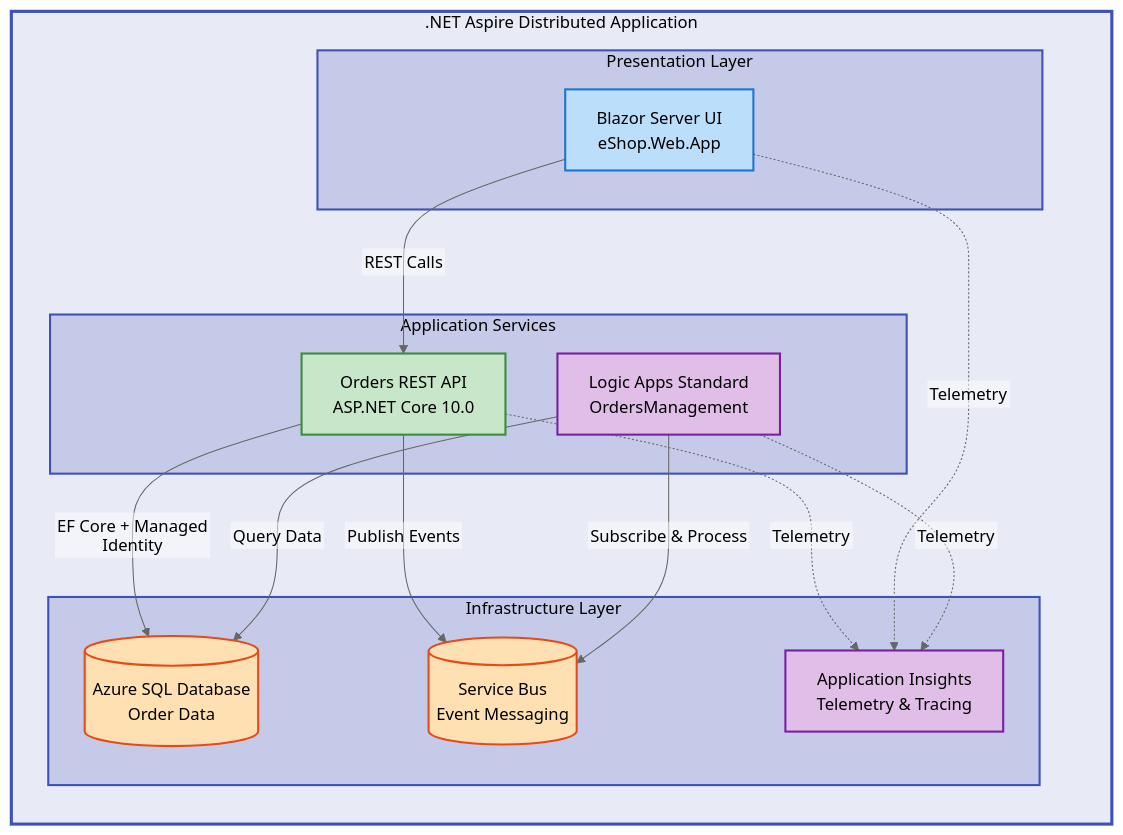
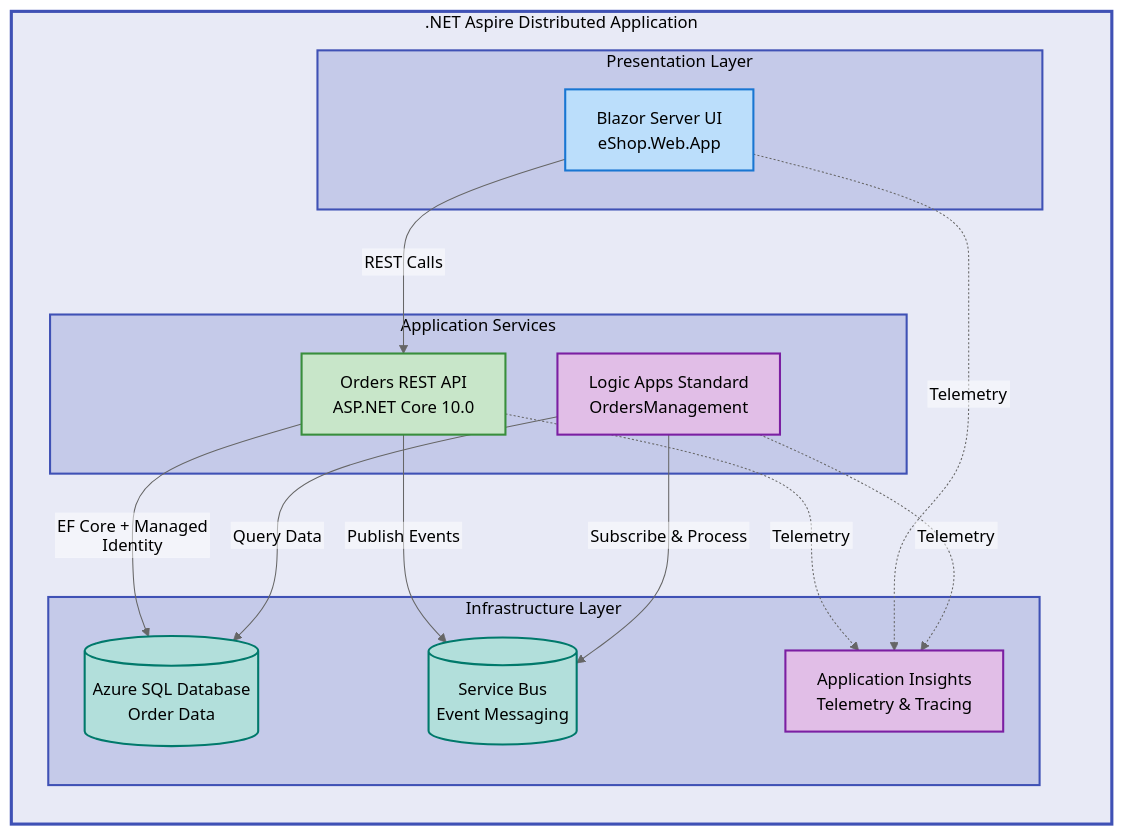
The diagram in README.md (Evilazaro/Azure-LogicApps-Monitoring), drawn with Mermaid (neutral theme) before and after one commit. The commit also changed other lines of this file, not shown here.

````diff
--- a/README.md
+++ b/README.md
@@ -88,53 +89,57 @@
 ```mermaid
 %%{init: {"flowchart": {"htmlLabels": false}} }%%
 flowchart TB
     %% ============================================
     %% Azure Logic Apps Monitoring Solution Architecture
     %% Purpose: Distributed order management with event-driven workflows
     %% Assumptions: Managed Identity authentication, Azure-hosted services
     %% Last Updated: 2026-02-03
     %% ============================================
-    
+
     %% ============================================
     %% STANDARD COLOR SCHEME - MANDATORY
     %% ============================================
     classDef mainGroup fill:#E8EAF6,stroke:#3F51B5,stroke-width:3px,color:#000
     classDef subGroup fill:#C5CAE9,stroke:#3F51B5,stroke-width:2px,color:#000
     classDef mdBlue fill:#BBDEFB,stroke:#1976D2,stroke-width:2px,color:#000
     classDef mdGreen fill:#C8E6C9,stroke:#388E3C,stroke-width:2px,color:#000
+    classDef mdRed fill:#FFCDD2,stroke:#D32F2F,stroke-width:2px,color:#000
+    classDef mdYellow fill:#FFF9C4,stroke:#F57F17,stroke-width:2px,color:#000
     classDef mdOrange fill:#FFE0B2,stroke:#E64A19,stroke-width:2px,color:#000
     classDef mdPurple fill:#E1BEE7,stroke:#7B1FA2,stroke-width:2px,color:#000
+    classDef mdTeal fill:#B2DFDB,stroke:#00796B,stroke-width:2px,color:#000
+    classDef mdGrey fill:#F5F5F5,stroke:#616161,stroke-width:2px,color:#000
     %% ============================================
 
     subgraph system[".NET Aspire Distributed Application"]
         direction TB
 
         subgraph presentation["Presentation Layer"]
             webapp["Blazor Server UI<br/>eShop.Web.App"]:::mdBlue
         end
 
         subgraph services["Application Services"]
             api["Orders REST API<br/>ASP.NET Core 10.0"]:::mdGreen
             logic["Logic Apps Standard<br/>OrdersManagement"]:::mdPurple
         end
 
         subgraph infrastructure["Infrastructure Layer"]
-            sql[("Azure SQL Database<br/>Order Data")]:::mdOrange
-            bus[("Service Bus<br/>Event Messaging")]:::mdOrange
+            sql[("Azure SQL Database<br/>Order Data")]:::mdTeal
+            bus[("Service Bus<br/>Event Messaging")]:::mdTeal
             insights["Application Insights<br/>Telemetry & Tracing"]:::mdPurple
         end
 
         webapp -->|"REST Calls"| api
         api -->|"EF Core + Managed Identity"| sql
         api -->|"Publish Events"| bus
         logic -->|"Subscribe & Process"| bus
         logic -->|"Query Data"| sql
-        
+
         api -.->|"Telemetry"| insights
         webapp -.->|"Telemetry"| insights
         logic -.->|"Telemetry"| insights
     end
 
     class system mainGroup
     class presentation,services,infrastructure subGroup
 ```
````
